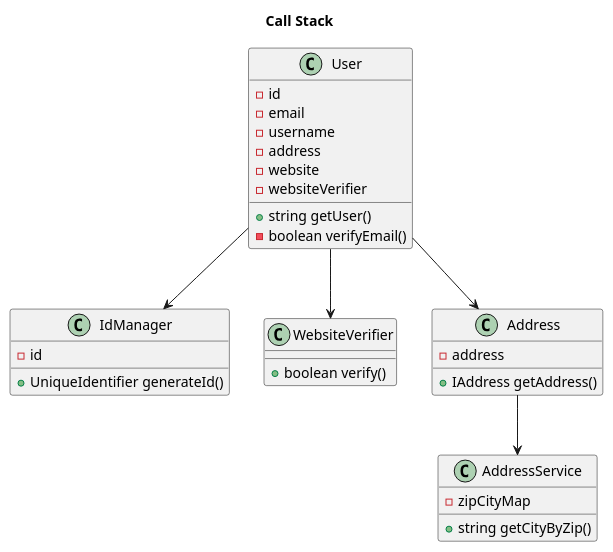
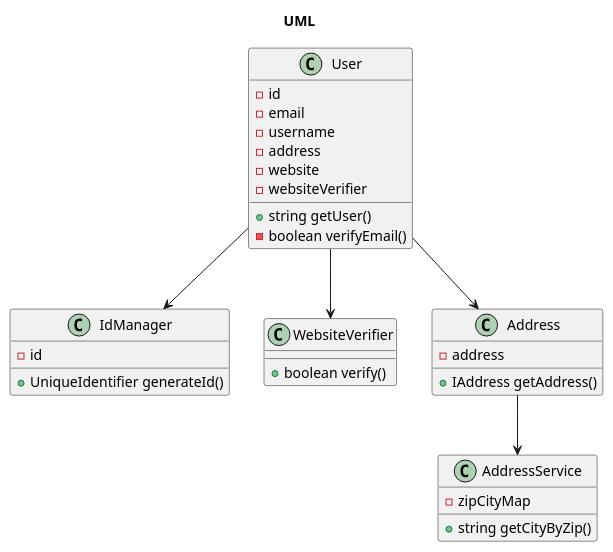
One commit to artiphishle/ankh-uml changed the diagram in uml.puml. Above: the diagram before and after it, drawn with PlantUML. The commit also changed 5 other files, not shown here.

Commit message:
WIP SequenceDiagram

```diff
--- a/uml.puml
+++ b/uml.puml
@@ -1,45 +1,45 @@
 @startuml ankh-uml
-title Call Stack
+title UML
 
 class IdManager
 {
   -id
   +UniqueIdentifier generateId()
 }
 
 class WebsiteVerifier
 {
   +boolean verify()
 }
 
 class AddressService
 {
   -zipCityMap
   +string getCityByZip()
 }
 
 class Address
 {
   -address
   +IAddress getAddress()
 }
 
 class User
 {
   -id
   -email
   -username
   -address
   -website
   -websiteVerifier
   +string getUser()
   -boolean verifyEmail()
 }
 
 
 Address --> AddressService
 User --> IdManager
 User --> WebsiteVerifier
 User --> Address
 
 @enduml
```
